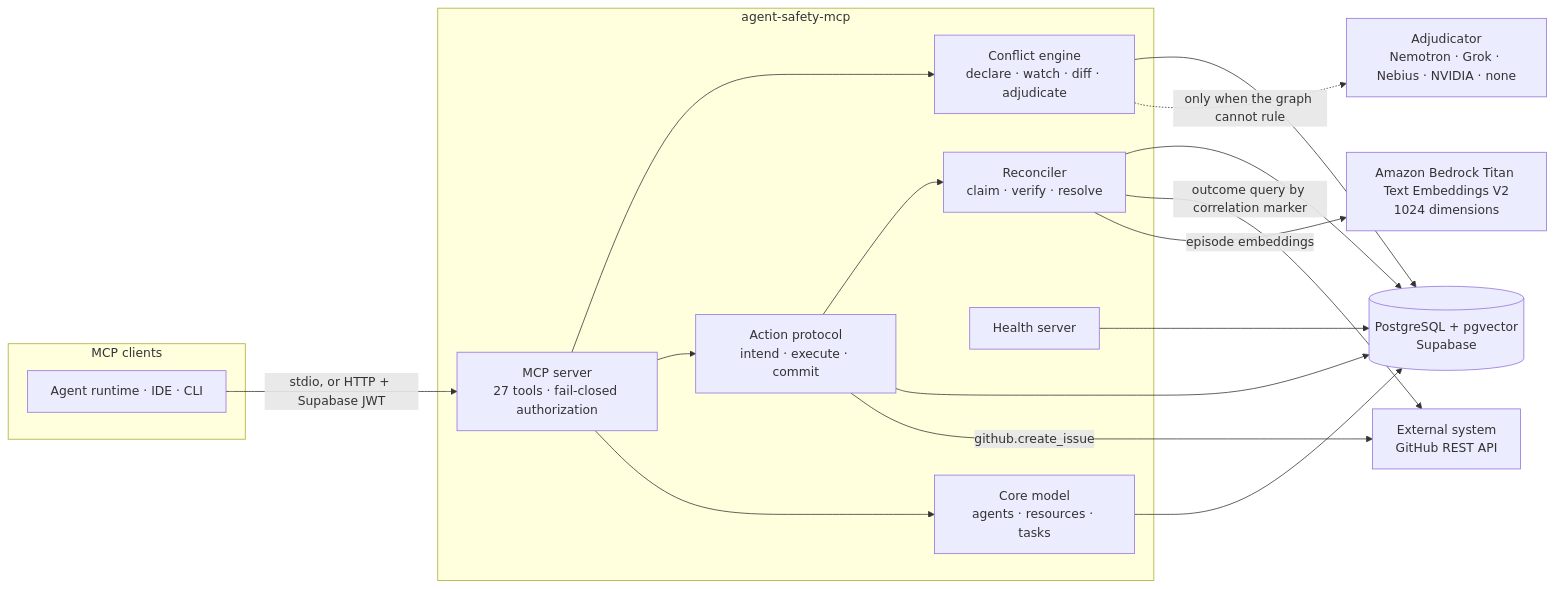
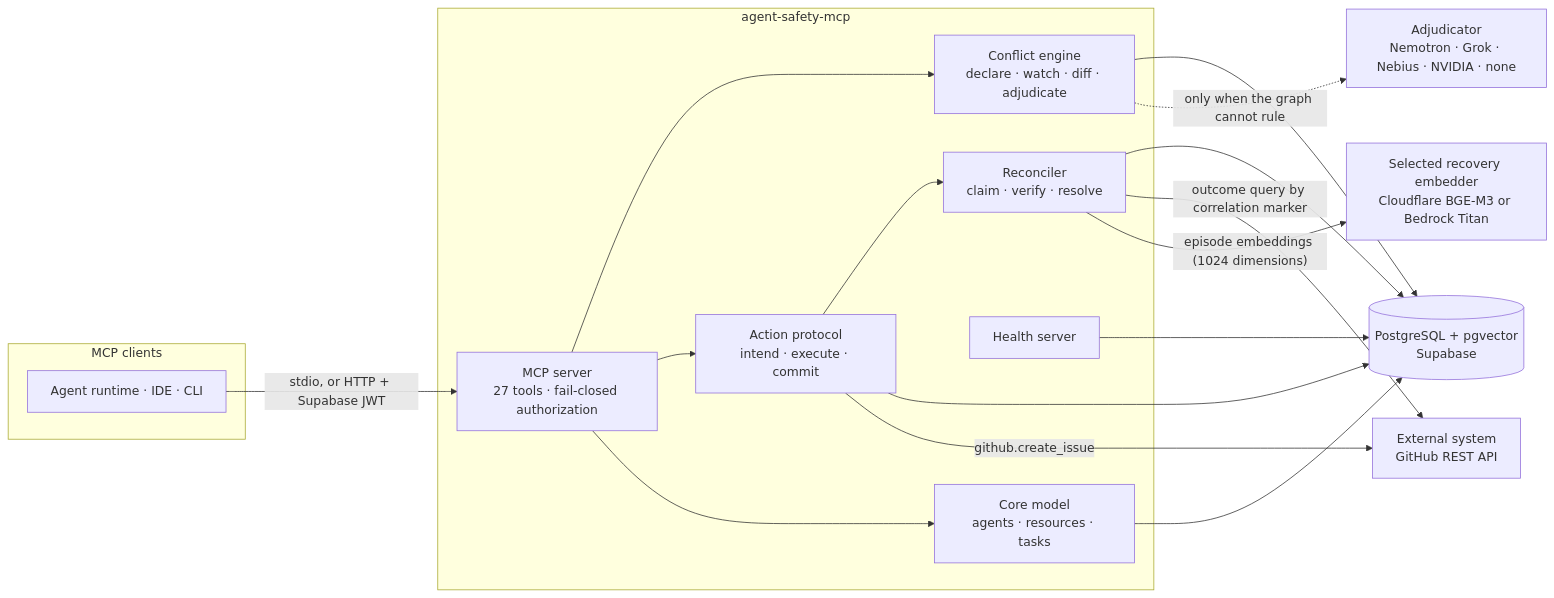
The first of 2 diagrams in README.md (KSS-1227/Agent-mcp), drawn with Mermaid before and after one commit. The commit also changed other lines of this file and 18 other files, not shown here.

Commit message:
add Cloudflare BGE-M3 embeddings

````diff
--- a/README.md
+++ b/README.md
@@ -77,30 +77,30 @@
 ```mermaid
 flowchart LR
     subgraph clients["MCP clients"]
         A["Agent runtime · IDE · CLI"]
     end
 
     subgraph server["agent-safety-mcp"]
         M["MCP server<br/>27 tools · fail-closed authorization"]
         C["Conflict engine<br/>declare · watch · diff · adjudicate"]
         P["Action protocol<br/>intend · execute · commit"]
         R["Reconciler<br/>claim · verify · resolve"]
         H["Health server"]
         S["Core model<br/>agents · resources · tasks"]
     end
 
     A -->|"stdio, or HTTP + Supabase JWT"| M
     M --> C
     M --> P
     M --> S
     P --> R
     C --> DB[("PostgreSQL + pgvector<br/>Supabase")]
     P --> DB
     R --> DB
     S --> DB
     C -.->|"only when the graph cannot rule"| L["Adjudicator<br/>Nemotron · Grok · Nebius · NVIDIA · none"]
     P -->|"github.create_issue"| X["External system<br/>GitHub REST API"]
     R -->|"outcome query by correlation marker"| X
-    R -->|"episode embeddings"| O["Amazon Bedrock Titan Text Embeddings V2<br/>1024 dimensions"]
+    R -->|"episode embeddings (1024 dimensions)"| O["Selected recovery embedder<br/>Cloudflare BGE-M3 or Bedrock Titan"]
     H --> DB
 ```
````
